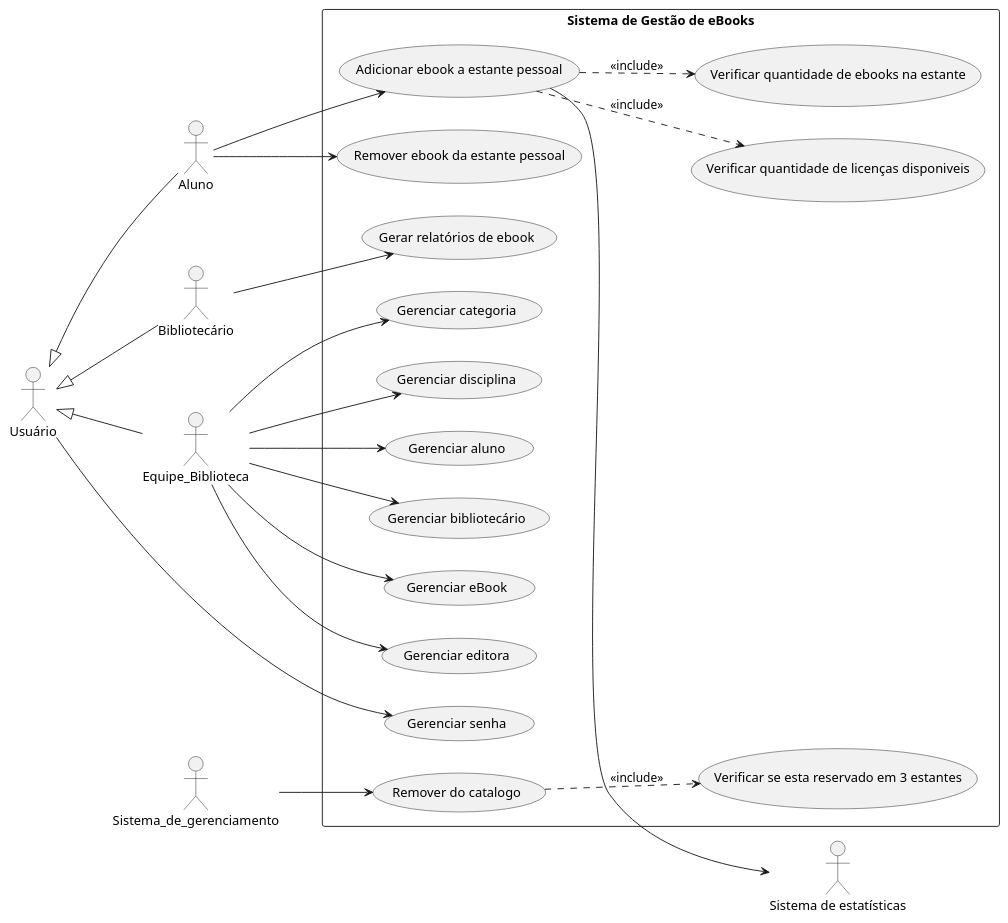
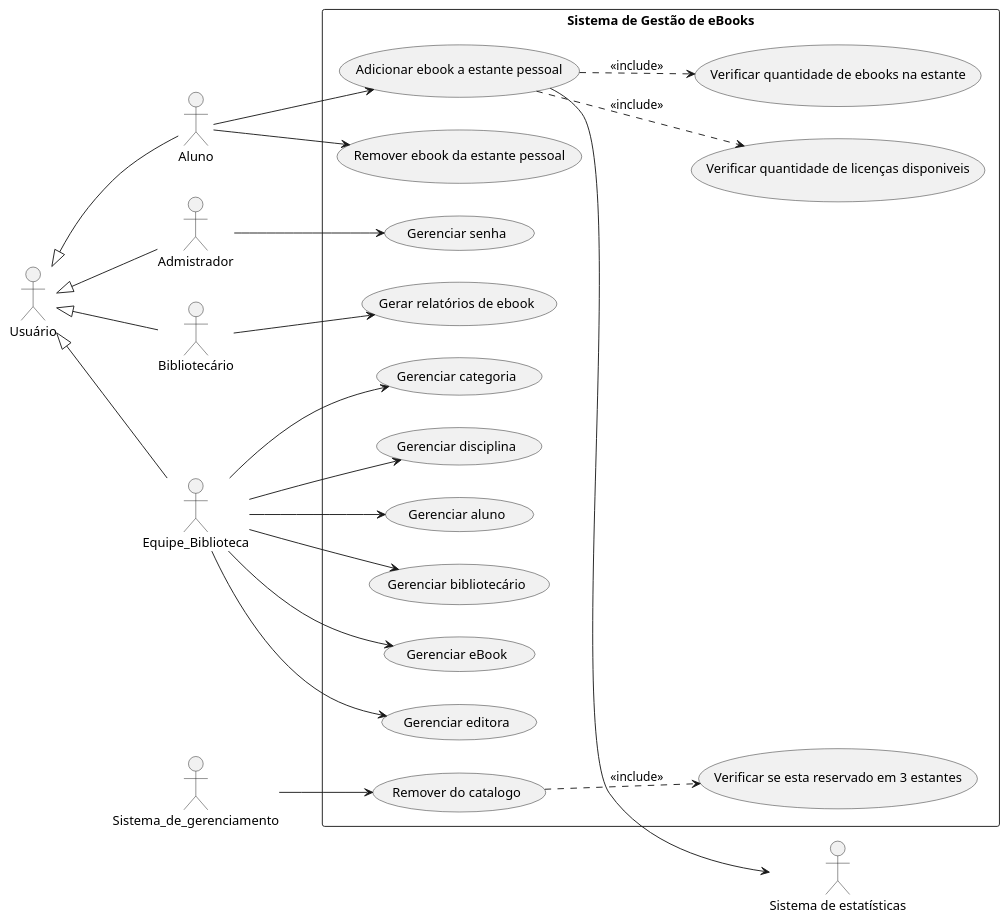
The diagram in docs/diagramas/casos-de-uso.puml (brunokilo/lab01-ebooks-biblioteca), drawn with PlantUML before and after one commit.

Commit message:
diagramas: criação do administrador

```diff
--- a/docs/diagramas/casos-de-uso.puml
+++ b/docs/diagramas/casos-de-uso.puml
@@ -1,52 +1,54 @@
 @startuml
 left to right direction
 skinparam packageStyle rectangle
 
 actor "Usuário" as Usuario
 actor Aluno
+actor Admistrador
 actor "Bibliotecário" as Bibliotecario
 actor Equipe_Biblioteca
 actor Sistema_de_gerenciamento
 actor "Sistema de estatísticas" as Sistema_de_estatisticas
 
 rectangle "Sistema de Gestão de eBooks" {
   usecase "Gerenciar senha" as UC01
   usecase "Adicionar ebook a estante pessoal" as UC02
   usecase "Remover ebook da estante pessoal" as UC03
   usecase "Gerar relatórios de ebook" as UC04
   usecase "Gerenciar eBook" as UC05
   usecase "Gerenciar editora" as UC06
   usecase "Gerenciar categoria" as UC07
   usecase "Gerenciar disciplina" as UC08
   usecase "Remover do catalogo" as UC09
   usecase "Verificar se esta reservado em 3 estantes" as UC10
   usecase "Verificar quantidade de ebooks na estante" as UC11
   usecase "Verificar quantidade de licenças disponiveis" as UC12
   usecase "Gerenciar aluno" as UC13
   usecase "Gerenciar bibliotecário" as UC14
 }
 
 Usuario <|-- Equipe_Biblioteca 
 Usuario <|-- Bibliotecario 
 Usuario <|-- Aluno 
+Usuario <|-- Admistrador
 
-Usuario --> (UC01)
+Admistrador --> (UC01)
 
 Equipe_Biblioteca --> (UC05)
 Equipe_Biblioteca --> (UC06)
 Equipe_Biblioteca --> (UC07)
 Equipe_Biblioteca --> (UC08)
 Equipe_Biblioteca --> (UC13)
 Equipe_Biblioteca --> (UC14)
 
 Bibliotecario --> (UC04)
 
 Aluno --> (UC02)
 (UC02)..> (UC11) : <<include>>
 (UC02)..> (UC12) : <<include>>
 (UC02)--> Sistema_de_estatisticas
 Aluno --> (UC03)
 
 Sistema_de_gerenciamento --> (UC09)
 (UC09)..> (UC10) : <<include>>
 @enduml
```
